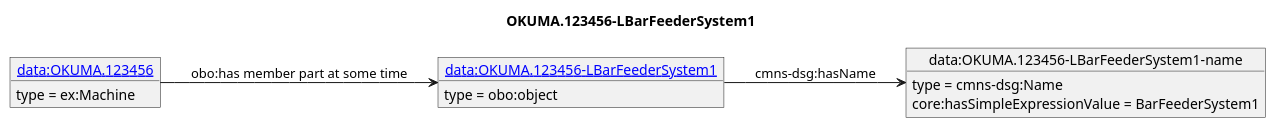
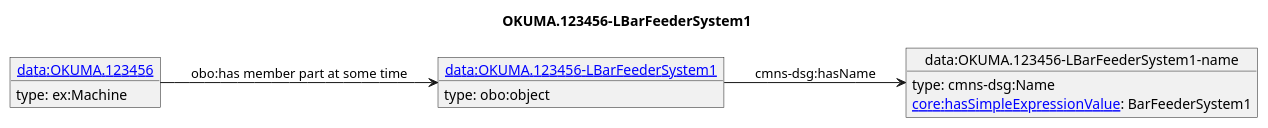
The diagram in diagrams/OKUMA.123456-LBarFeederSystem1.puml (iofoundry/example-syseng-mtconnect), drawn with PlantUML before and after one commit. The commit also changed 143 other files, not shown here.

Commit message:
Added links for core ontology

```diff
--- a/diagrams/OKUMA.123456-LBarFeederSystem1.puml
+++ b/diagrams/OKUMA.123456-LBarFeederSystem1.puml
@@ -1,17 +1,17 @@
 @startuml
 skinparam linetype polyline
 left to right direction
 title OKUMA.123456-LBarFeederSystem1
 object "[[./OKUMA.123456-LBarFeederSystem1.html data:OKUMA.123456-LBarFeederSystem1]]" as o1 {
- type = obo:object
- }
+ type: obo:object 
+}
 object "data:OKUMA.123456-LBarFeederSystem1-name" as o2 {
- type = cmns-dsg:Name
- }
+ type: cmns-dsg:Name 
+}
 object "[[./OKUMA.123456.html data:OKUMA.123456]]" as o3 {
- type = ex:Machine
- }
+ type: ex:Machine 
+}
 o1 --> o2 : cmns-dsg:hasName
-o2 : core:hasSimpleExpressionValue = BarFeederSystem1
+o2 : [[https://spec.industrialontologies.org/ontology/core/Core/hasSimpleExpressionValue core:hasSimpleExpressionValue]]: BarFeederSystem1
 o3 --> o1 : obo:has member part at some time
 @enduml
```
